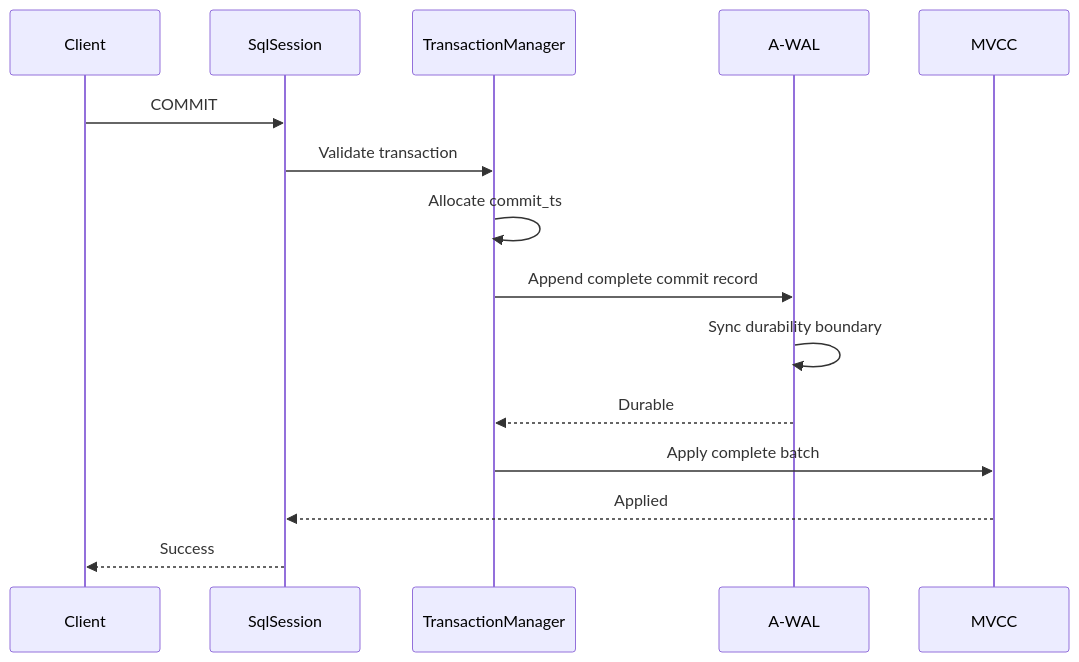
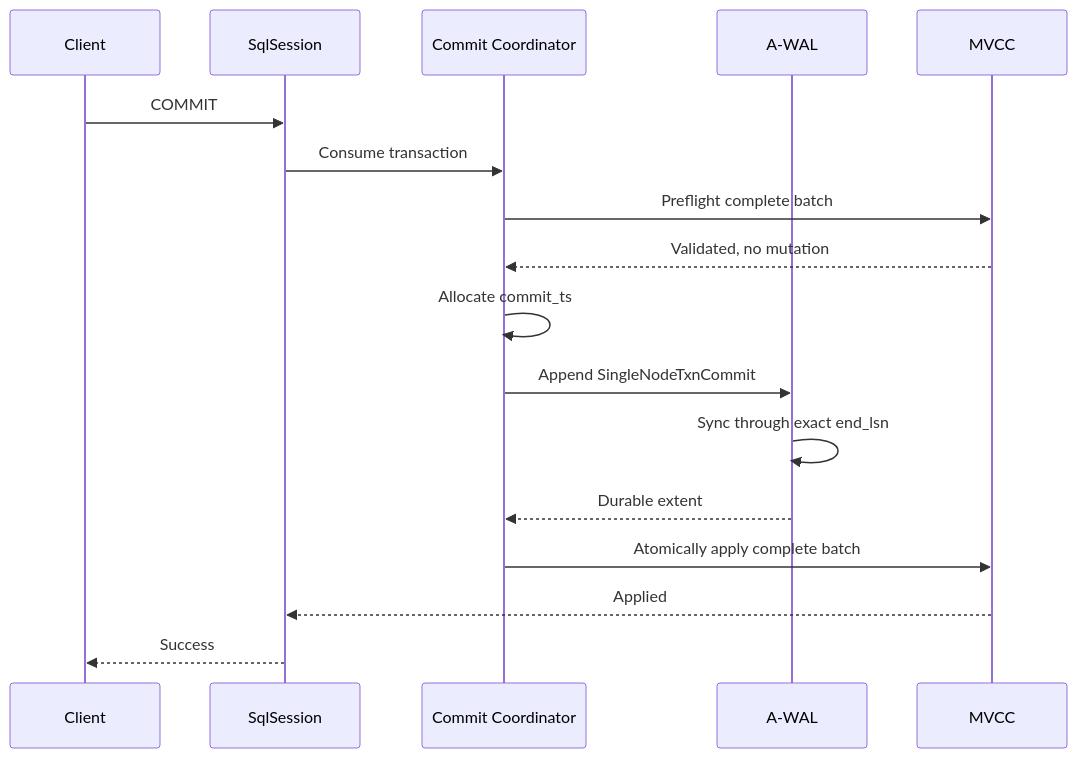
The sixth of 7 diagrams in README.md (Aditya-1304/ragnordb), drawn with Mermaid before and after one commit. The commit also changed other lines of this file, not shown here.

````diff
--- a/README.md
+++ b/README.md
@@ -1507,18 +1763,20 @@
 ```mermaid
 sequenceDiagram
     participant C as Client
     participant S as SqlSession
-    participant T as TransactionManager
+    participant T as Commit Coordinator
     participant W as A-WAL
     participant M as MVCC
 
     C->>S: COMMIT
-    S->>T: Validate transaction
+    S->>T: Consume transaction
+    T->>M: Preflight complete batch
+    M-->>T: Validated, no mutation
     T->>T: Allocate commit_ts
-    T->>W: Append complete commit record
-    W->>W: Sync durability boundary
-    W-->>T: Durable
-    T->>M: Apply complete batch
+    T->>W: Append SingleNodeTxnCommit
+    W->>W: Sync through exact end_lsn
+    W-->>T: Durable extent
+    T->>M: Atomically apply complete batch
     M-->>S: Applied
     S-->>C: Success
 ```
````
